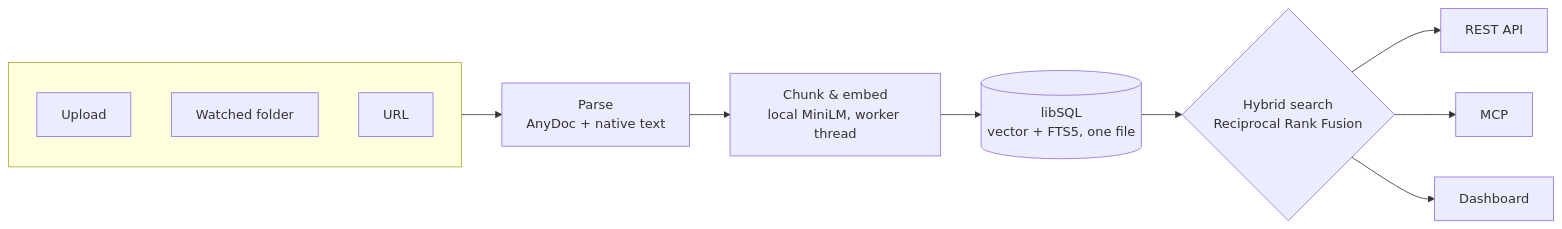
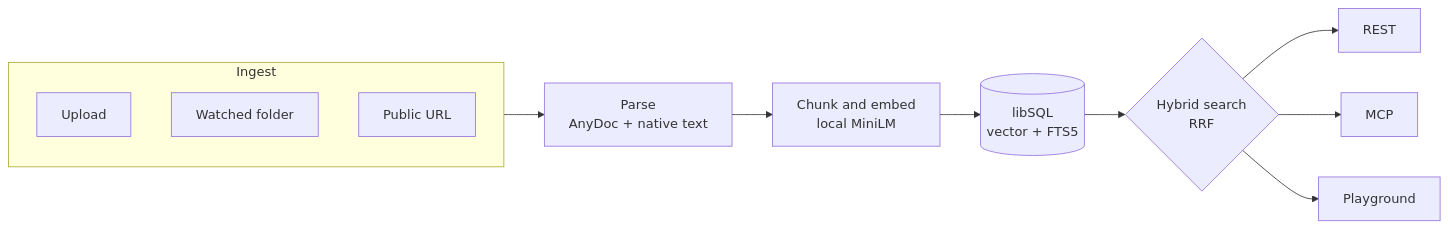
One commit to raysca/mcp-knowledge changed the diagram in README.md. Above: the diagram before and after it, drawn with Mermaid. The commit also changed other lines of this file, not shown here.

````diff
--- a/README.md
+++ b/README.md
@@ -52,16 +176,15 @@
 ```mermaid
 flowchart LR
-    subgraph In[" "]
-        direction TB
+    subgraph In["Ingest"]
         U[Upload]
         L[Watched folder]
-        R[URL]
+        R[Public URL]
     end
     In --> P["Parse<br/>AnyDoc + native text"]
-    P --> C["Chunk &amp; embed<br/>local MiniLM, worker thread"]
-    C --> D[("libSQL<br/>vector + FTS5, one file")]
-    D --> H{"Hybrid search<br/>Reciprocal Rank Fusion"}
-    H --> REST[REST API]
+    P --> C["Chunk and embed<br/>local MiniLM"]
+    C --> D[("libSQL<br/>vector + FTS5")]
+    D --> H{"Hybrid search<br/>RRF"}
+    H --> REST[REST]
     H --> MCP[MCP]
-    H --> UI[Dashboard]
+    H --> UI[Playground]
 ```
````
